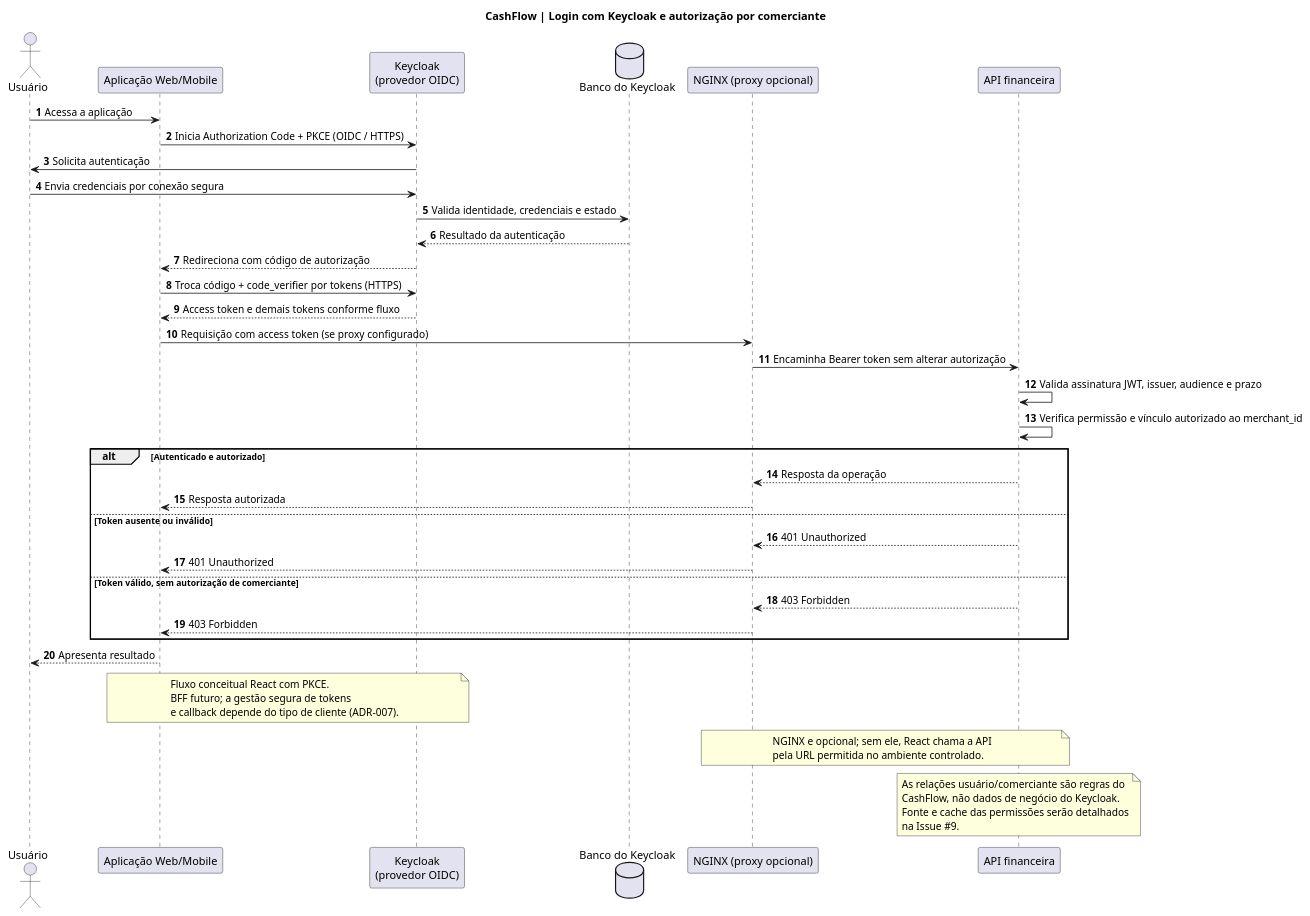
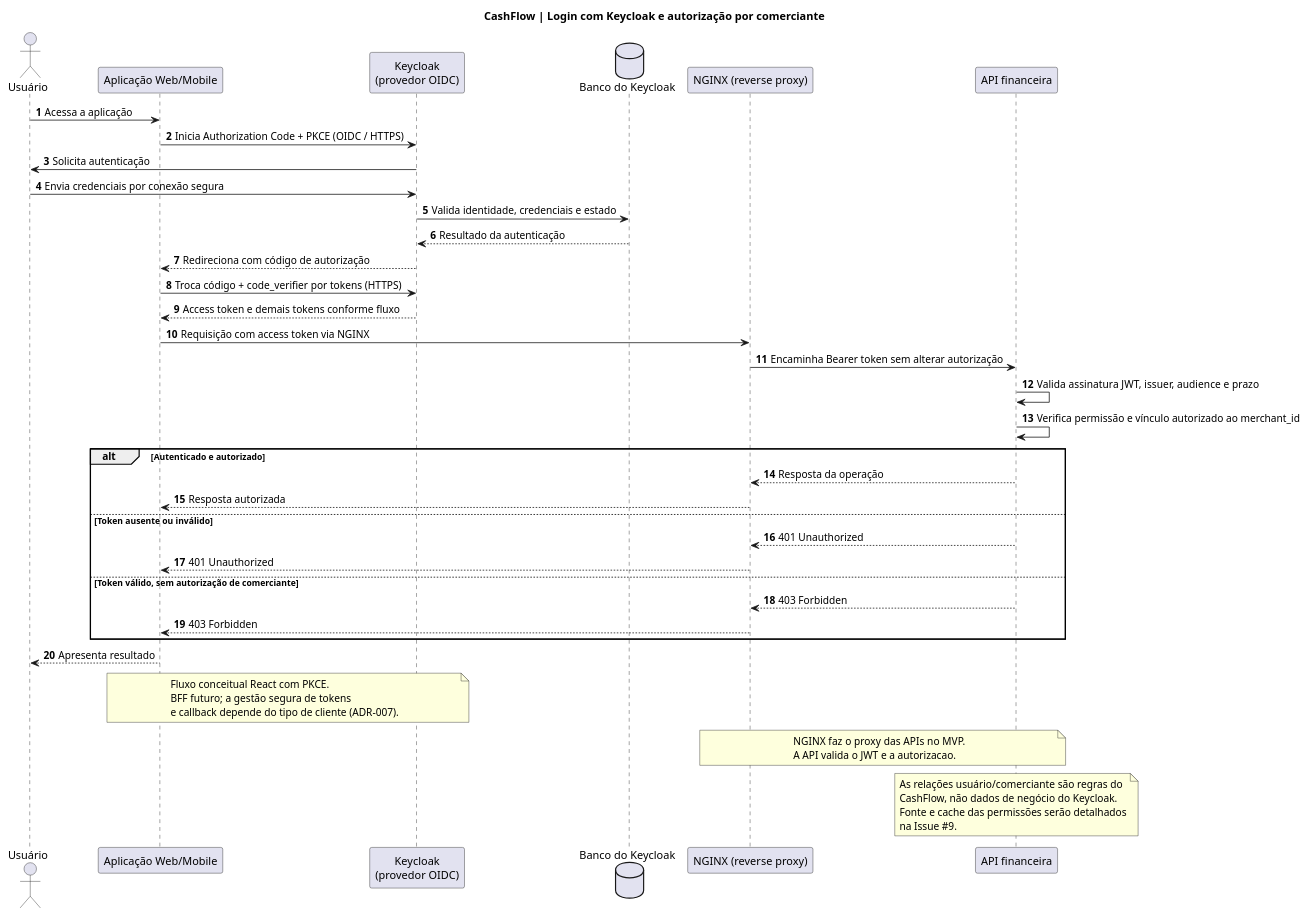
The diagram in docs/architecture/plantuml/sequence-auth.puml (wolwerr/CashFlow-Architecture), drawn with PlantUML before and after one commit.

Commit message:
docs(architecture): make NGINX mandatory reverse proxy in MVP, keep dedicated gateway future (#7)

```diff
--- a/docs/architecture/plantuml/sequence-auth.puml
+++ b/docs/architecture/plantuml/sequence-auth.puml
@@ -1,49 +1,49 @@
 @startuml CashFlow_Authentication
 title CashFlow | Login com Keycloak e autorização por comerciante
 autonumber
 actor "Usuário" as U
 participant "Aplicação Web/Mobile" as W
 participant "Keycloak\n(provedor OIDC)" as KC
 database "Banco do Keycloak" as DB
-participant "NGINX (proxy opcional)" as G
+participant "NGINX (reverse proxy)" as G
 participant "API financeira" as API
 U -> W: Acessa a aplicação
 W -> KC: Inicia Authorization Code + PKCE (OIDC / HTTPS)
 KC -> U: Solicita autenticação
 U -> KC: Envia credenciais por conexão segura
 KC -> DB: Valida identidade, credenciais e estado
 DB --> KC: Resultado da autenticação
 KC --> W: Redireciona com código de autorização
 W -> KC: Troca código + code_verifier por tokens (HTTPS)
 KC --> W: Access token e demais tokens conforme fluxo
-W -> G: Requisição com access token (se proxy configurado)
+W -> G: Requisição com access token via NGINX
 G -> API: Encaminha Bearer token sem alterar autorização
 API -> API: Valida assinatura JWT, issuer, audience e prazo
 API -> API: Verifica permissão e vínculo autorizado ao merchant_id
 alt Autenticado e autorizado
   API --> G: Resposta da operação
   G --> W: Resposta autorizada
 else Token ausente ou inválido
   API --> G: 401 Unauthorized
   G --> W: 401 Unauthorized
 else Token válido, sem autorização de comerciante
   API --> G: 403 Forbidden
   G --> W: 403 Forbidden
 end
 W --> U: Apresenta resultado
 note over W,KC
 Fluxo conceitual React com PKCE.
 BFF futuro; a gestão segura de tokens
 e callback depende do tipo de cliente (ADR-007).
 end note
 note over G,API
-NGINX e opcional; sem ele, React chama a API
-pela URL permitida no ambiente controlado.
+NGINX faz o proxy das APIs no MVP.
+A API valida o JWT e a autorizacao.
 end note
 note over API
 As relações usuário/comerciante são regras do
 CashFlow, não dados de negócio do Keycloak.
 Fonte e cache das permissões serão detalhados
 na Issue #9.
 end note
 @enduml
```
